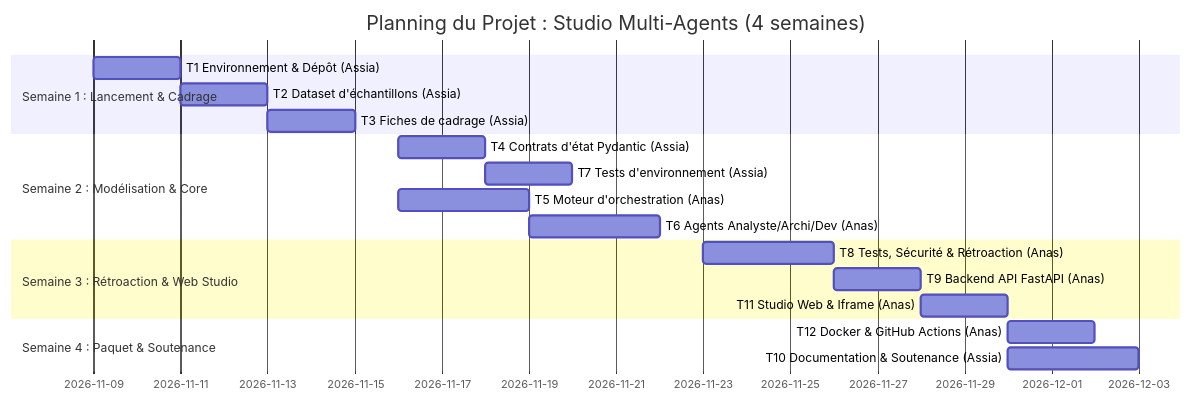
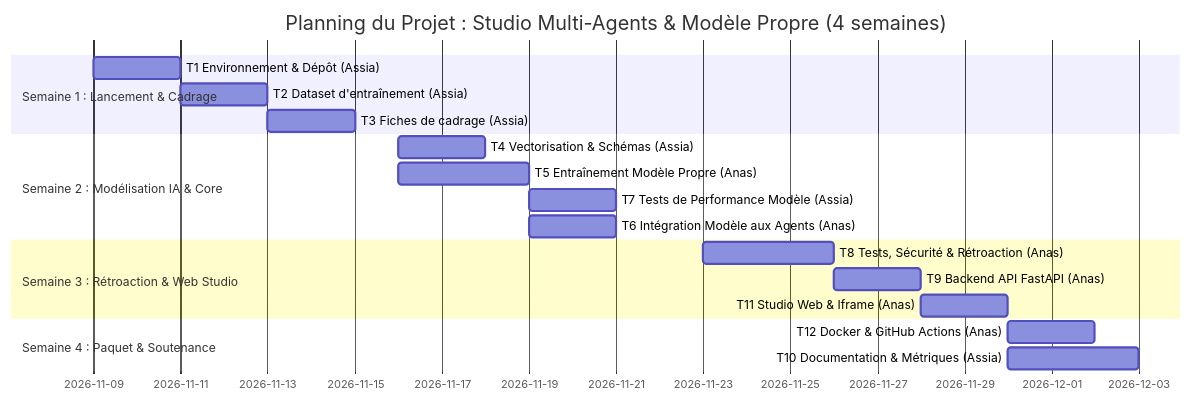
Before and after one commit to anasmouquinee/Assia-nouaoury-Anas-mouquine: the second of 2 diagrams in Dossier de lancement (semaine 1) (1).md, drawn with Mermaid. The commit also changed other lines of this file, not shown here.

````diff
--- a/Dossier de lancement (semaine 1) (1).md
+++ b/Dossier de lancement (semaine 1) (1).md
@@ -226,25 +247,25 @@
 ```mermaid
 gantt
     dateFormat YYYY-MM-DD
-    title Planning du Projet : Studio Multi-Agents (4 semaines)
+    title Planning du Projet : Studio Multi-Agents & Modèle Propre (4 semaines)
     
     section Semaine 1 : Lancement & Cadrage
-    T1 Environnement & Dépôt (Assia)      :t1, 2026-11-09, 2d
-    T2 Dataset d'échantillons (Assia)    :t2, after t1, 2d
-    T3 Fiches de cadrage (Assia)         :t3, after t2, 2d
+    T1 Environnement & Dépôt (Assia)           :t1, 2026-11-09, 2d
+    T2 Dataset d'entraînement (Assia)          :t2, after t1, 2d
+    T3 Fiches de cadrage (Assia)              :t3, after t2, 2d
     
-    section Semaine 2 : Modélisation & Core
-    T4 Contrats d'état Pydantic (Assia)  :t4, 2026-11-16, 2d
-    T7 Tests d'environnement (Assia)     :t7, after t4, 2d
-    T5 Moteur d'orchestration (Anas)     :t5, 2026-11-16, 3d
-    T6 Agents Analyste/Archi/Dev (Anas)  :t6, after t5, 3d
+    section Semaine 2 : Modélisation IA & Core
+    T4 Vectorisation & Schémas (Assia)        :t4, 2026-11-16, 2d
+    T5 Entraînement Modèle Propre (Anas)      :t5, 2026-11-16, 3d
+    T7 Tests de Performance Modèle (Assia)    :t7, after t5, 2d
+    T6 Intégration Modèle aux Agents (Anas)   :t6, after t5, 2d
     
     section Semaine 3 : Rétroaction & Web Studio
-    T8 Tests, Sécurité & Rétroaction (Anas) :t8, 2026-11-23, 3d
-    T9 Backend API FastAPI (Anas)           :t9, after t8, 2d
-    T11 Studio Web & Iframe (Anas)          :t11, after t9, 2d
+    T8 Tests, Sécurité & Rétroaction (Anas)    :t8, 2026-11-23, 3d
+    T9 Backend API FastAPI (Anas)              :t9, after t8, 2d
+    T11 Studio Web & Iframe (Anas)             :t11, after t9, 2d
     
     section Semaine 4 : Paquet & Soutenance
-    T12 Docker & GitHub Actions (Anas)   :t12, 2026-11-30, 2d
-    T10 Documentation & Soutenance (Assia):t10, 2026-11-30, 3d
+    T12 Docker & GitHub Actions (Anas)        :t12, 2026-11-30, 2d
+    T10 Documentation & Métriques (Assia)     :t10, 2026-11-30, 3d
 ```
````
